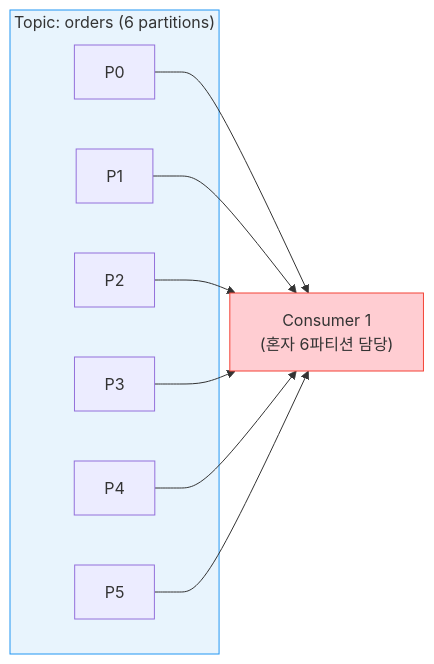
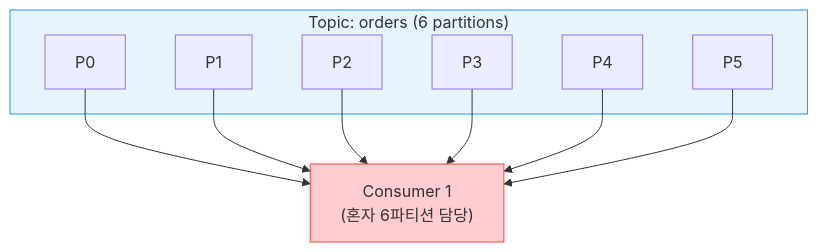
Before and after one commit to scofe97/StduyWrite: the third of 11 diagrams in write/04_messaging/04_BrokerArchitecture/01-03.Consumer Group.md, drawn with Mermaid. The commit also changed other lines of this file and 19 other files, not shown here.

First line of the commit message:
[runners-high] docs: 04_BrokerArchitecture 폴더 정리 — README 신설 + 학습문서 규칙 수리

````diff
--- a/write/04_messaging/04_BrokerArchitecture/01-03.Consumer Group.md
+++ b/write/04_messaging/04_BrokerArchitecture/01-03.Consumer Group.md
@@ -157,23 +157,23 @@
 ```mermaid
-graph LR
+graph TD
     subgraph Topic["Topic: orders (6 partitions)"]
         P0["P0"]
         P1["P1"]
         P2["P2"]
         P3["P3"]
         P4["P4"]
         P5["P5"]
     end
 
     C1["Consumer 1<br/>(혼자 6파티션 담당)"]
 
     P0 --> C1
     P1 --> C1
     P2 --> C1
     P3 --> C1
     P4 --> C1
     P5 --> C1
 
     style Topic fill:#e8f4fd,stroke:#2196F3,color:#333
     style C1 fill:#ffcdd2,stroke:#F44336,color:#333
 ```
````
